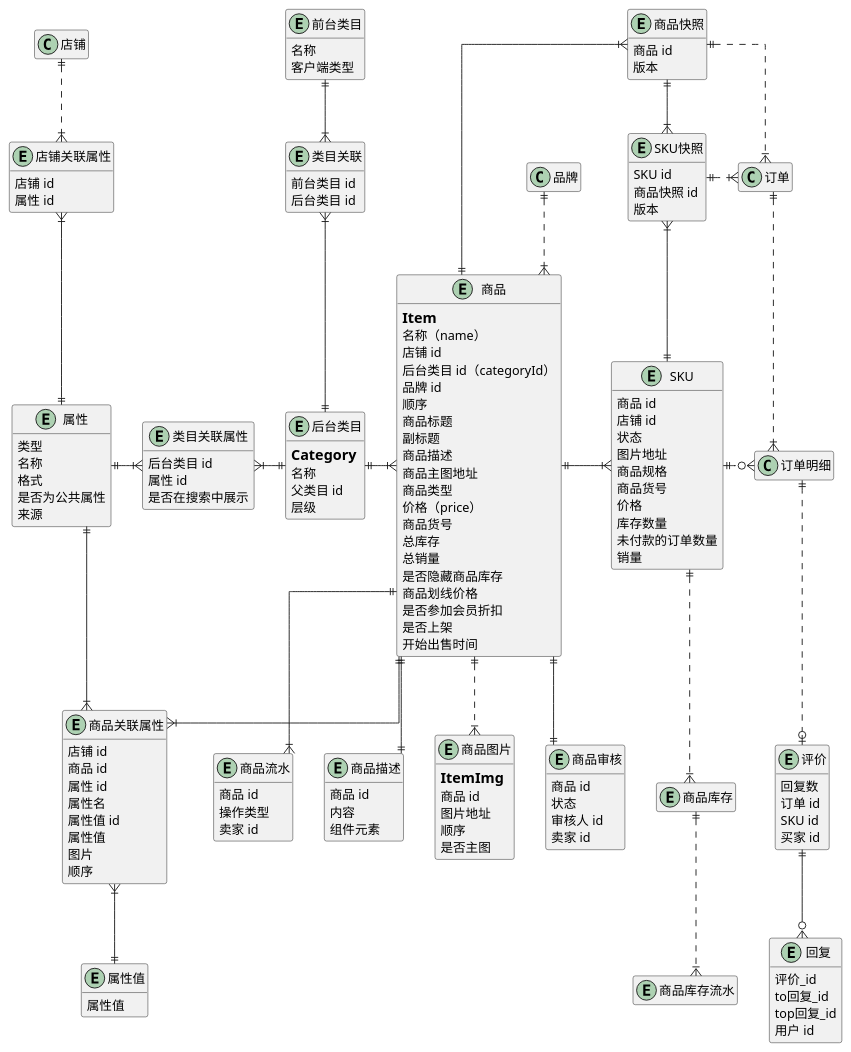
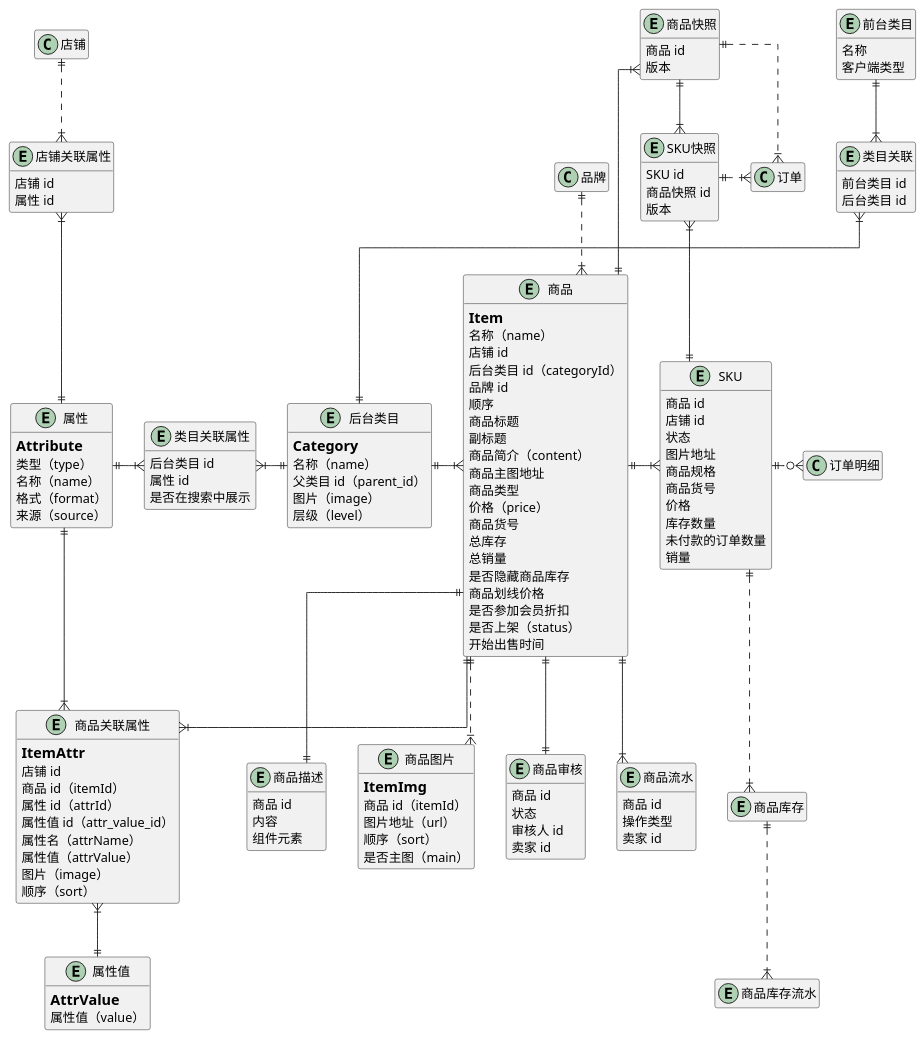
One commit to awesomecat2020/mock-mall changed the diagram in doc/商品.puml. Above: the diagram before and after it, drawn with PlantUML. The commit also changed 2 other files, not shown here.

Commit message:
order & item design

```diff
--- a/doc/商品.puml
+++ b/doc/商品.puml
@@ -13,7 +13,7 @@
     商品标题
     ' 分享链接时显示
     副标题
-    商品描述
+    商品简介（content）
     商品主图地址
 '   0：普通商品（物流发货）
 '   3：UMP降价拍
@@ -45,7 +45,7 @@
     ' 0 - 不参加会员折扣
     ' 1 - 参加会员折扣（默认）
     是否参加会员折扣
-    是否上架
+    是否上架（status）
     开始出售时间
 }
 ' 基础类目
@@ -54,9 +54,10 @@
 ' 层次一般三层或四层，商品必须挂载于叶子类目下。
 entity 后台类目 {
 ==Category
-    名称
-    父类目 id
-    层级
+    名称（name）
+    父类目 id（parent_id）
+    图片（image）
+    层级（level）
 }
 ' 组合类目
 ' 面向可买家，随时变动，定时生效。
@@ -90,10 +91,10 @@
 }
 entity 商品图片 {
 ==ItemImg
-    商品 id
-    图片地址
-    顺序
-    是否主图
+    商品 id（itemId）
+    图片地址（url）
+    顺序（sort）
+    是否主图（main）
 }
 
 商品 }|.u.|| 品牌
@@ -106,7 +107,6 @@
 商品 ||..|{ 商品图片
 
 
-' ==================== 订单 ====================
 entity SKU {
     商品 id
     店铺 id
@@ -149,18 +149,23 @@
 商品 ||-u-|{ 商品快照
 商品快照 ||.|{ 订单
 
+
 ' ==================== 属性 ====================
-' 展示某个类目下的当前店铺持有的属性
+
+' 1.每个类目下都有一些默认属性
+' 2.店铺可自定义属性
 entity 属性 {
-    ' 销售属性/关键属性/非关键属性
-    类型
-    名称
-    ' 选项、文本、数值、百分比
-    格式
+==Attribute
+    ' 1：销售属性
+    ' 2：非关键属性
+    类型（type）
+    名称（name）
+    ' 1：选项；2：文本；3：数值；4：百分比
+    格式（format）
     ' 添加商品时一定会展示
-    是否为公共属性
-    ' 系统生成/商家自定义
-    来源
+    ' 是否为公共属性
+    ' 1：系统生成；2：商家自定义
+    来源（source）
 }
 ' 类目自带默认属性，既有非关键属性，也有销售属性
 entity 类目关联属性 {
@@ -168,19 +173,20 @@
     属性 id
     是否在搜索中展示
 }
-' 快照
 entity 商品关联属性 {
+==ItemAttr
     店铺 id
-    商品 id
-    属性 id
-    属性名
-    属性值 id
-    属性值
-    图片
-    顺序
+    商品 id（itemId）
+    属性 id（attrId）
+    属性值 id（attr_value_id）
+    属性名（attrName）
+    属性值（attrValue）
+    图片（image）
+    顺序（sort）
 }
 entity 属性值 {
-    属性值
+==AttrValue
+    属性值（value）
 }
 ' 店铺自定义属性
 entity 店铺关联属性 {
@@ -196,24 +202,4 @@
 店铺 ||..|{ 店铺关联属性
 店铺关联属性 }|--|| 属性
 
-
-' ==================== 评价 ====================
-entity 评价 {
-    回复数
-    订单 id
-    SKU id
-    买家 id
-}
-entity 回复 {
-    评价_id
-    to回复_id
-    top回复_id
-    用户 id
-}
-
-
-评价 |o.u.|| 订单明细
-订单明细 }|.u.|| 订单
-评价 ||--o{ 回复
-
 @enduml
```
